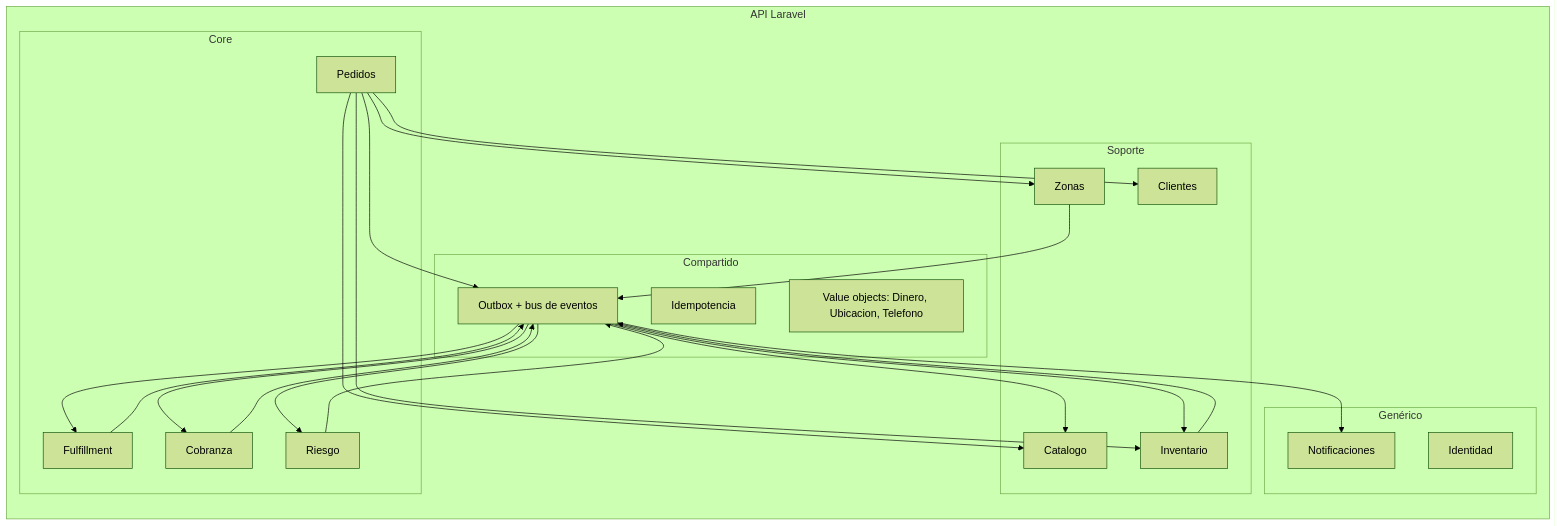
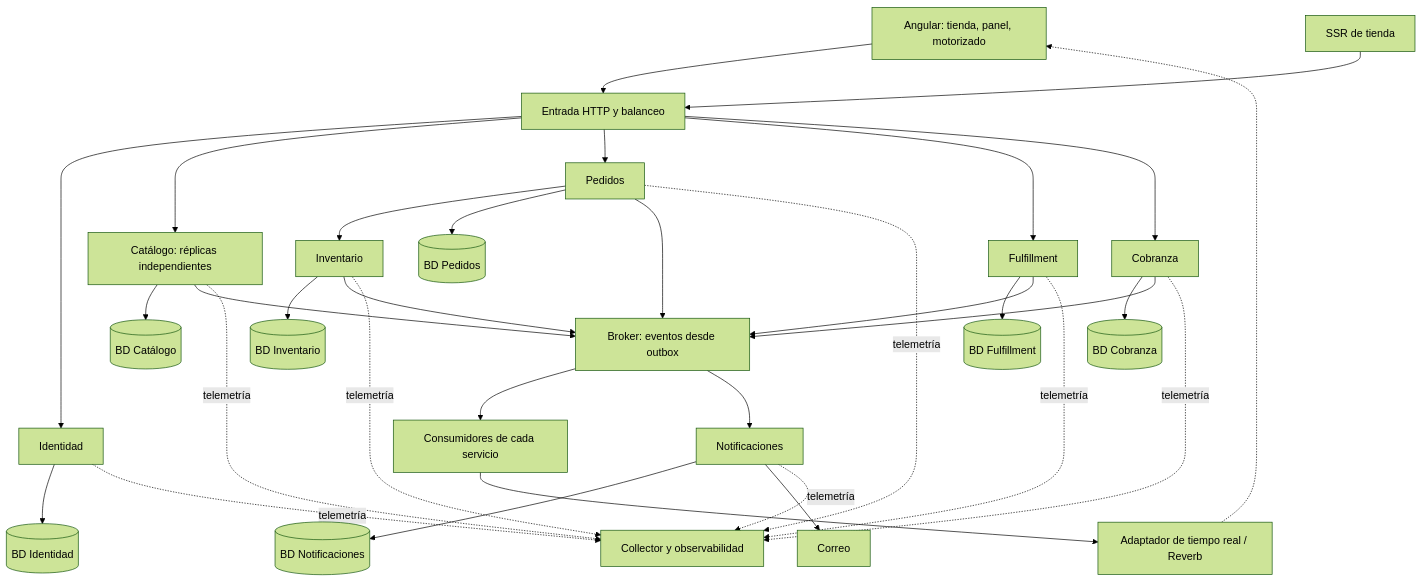
One commit to cris2320/ProyectosPersonales changed the diagram in ProyectosPersonales/docs/03-arquitectura.md. Above: the diagram before and after it, drawn with Mermaid (forest theme). The commit also changed other lines of this file and 24 other files, not shown here.

````diff
--- a/ProyectosPersonales/docs/03-arquitectura.md
+++ b/ProyectosPersonales/docs/03-arquitectura.md
@@ -140,30 +42,25 @@
 ```mermaid
-flowchart LR
-  subgraph API Laravel
-    direction TB
-    subgraph Core
-      PED[Pedidos]
-      RSK[Riesgo]
-      FUL[Fulfillment]
-      COB[Cobranza]
-    end
-    subgraph Soporte
-      CAT[Catalogo]
-      INV[Inventario]
-      ZON[Zonas]
-      CLI[Clientes]
-    end
-    subgraph Genérico
-      IDN[Identidad]
-      NOT[Notificaciones]
-    end
-    subgraph Compartido
-      OUT[Outbox + bus de eventos]
-      IDEM[Idempotencia]
-      DIN[Value objects: Dinero, Ubicacion, Telefono]
-    end
-  end
-  PED --> CAT & INV & ZON & CLI
-  PED & FUL & COB & RSK & INV & ZON --> OUT
-  OUT --> RSK & FUL & COB & NOT & INV & CAT
+flowchart TB
+  UI[Angular: tienda, panel, motorizado] --> GW[Entrada HTTP y balanceo]
+  SSR[SSR de tienda] --> GW
+  GW --> ID[Identidad]
+  GW --> CAT[Catálogo: réplicas independientes]
+  GW --> PED[Pedidos]
+  GW --> FUL[Fulfillment]
+  GW --> COB[Cobranza]
+  PED --> INV[Inventario]
+  ID --> DBI[(BD Identidad)]
+  CAT --> DBC[(BD Catálogo)]
+  PED --> DBP[(BD Pedidos)]
+  INV --> DBV[(BD Inventario)]
+  FUL --> DBF[(BD Fulfillment)]
+  COB --> DBO[(BD Cobranza)]
+  CAT & PED & INV & FUL & COB --> MQ[Broker: eventos desde outbox]
+  MQ --> CONS[Consumidores de cada servicio]
+  MQ --> NOT[Notificaciones]
+  NOT --> DBN[(BD Notificaciones)]
+  NOT --> MAIL[Correo]
+  CONS --> RT[Adaptador de tiempo real / Reverb]
+  RT -.-> UI
+  ID & CAT & PED & INV & FUL & COB & NOT -. telemetría .-> OTEL[Collector y observabilidad]
 ```
````
